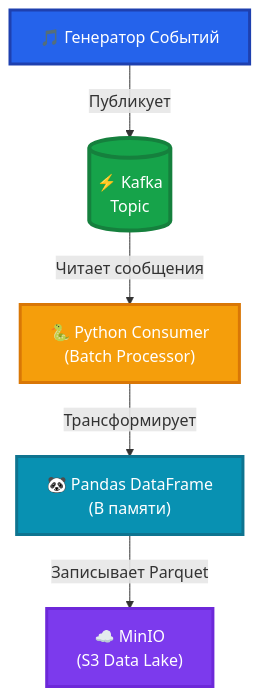
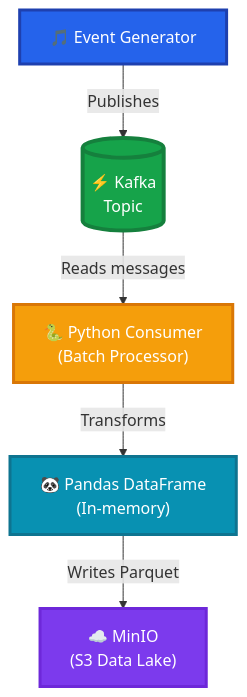
The third of 4 diagrams in README.md (Almas1989/kafka_de_project), drawn with Mermaid before and after one commit. The commit also changed other lines of this file and 1 other file, not shown here.

````diff
--- a/README.md
+++ b/README.md
@@ -145,13 +146,13 @@
 ```mermaid
 flowchart TB
-    A["🎵 Генератор Событий"] -- Публикует --> B[("⚡ Kafka<br/>Topic")]
-    B -- Читает сообщения --> C["🐍 Python Consumer<br/>(Batch Processor)"]
-    C -- Трансформирует --> D["🐼 Pandas DataFrame<br/>(В памяти)"]
-    D -- Записывает Parquet --> E["☁️ MinIO<br/>(S3 Data Lake)"]
+    A["🎵 Event Generator"] -- Publishes --> B[("⚡ Kafka<br/>Topic")]
+    B -- Reads messages --> C["🐍 Python Consumer<br/>(Batch Processor)"]
+    C -- Transforms --> D["🐼 Pandas DataFrame<br/>(In-memory)"]
+    D -- Writes Parquet --> E["☁️ MinIO<br/>(S3 Data Lake)"]
 
     style A fill:#2563eb,stroke:#1e40af,stroke-width:3px,color:#fff
     style B fill:#16a34a,stroke:#15803d,stroke-width:4px,color:#fff
     style C fill:#f59e0b,stroke:#d97706,stroke-width:3px,color:#fff
     style D fill:#0891b2,stroke:#0e7490,stroke-width:3px,color:#fff
     style E fill:#7c3aed,stroke:#6d28d9,stroke-width:3px,color:#fff
 ```
````
